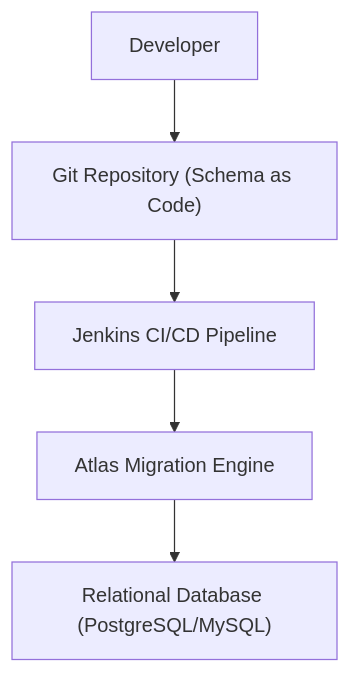
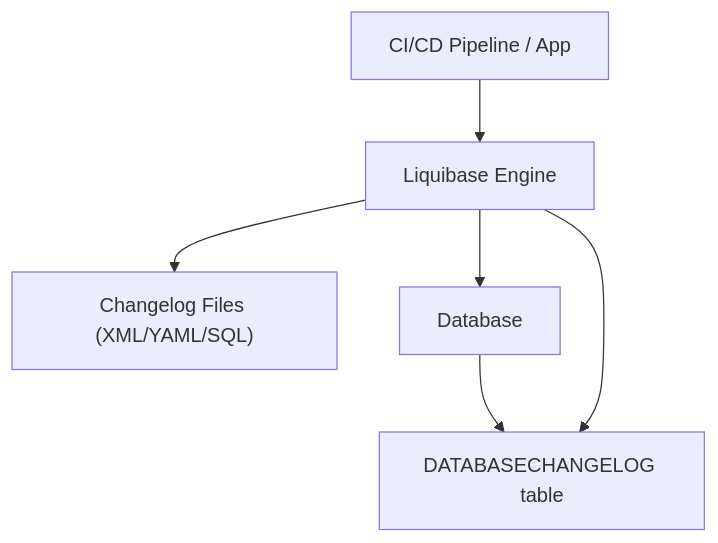
Before and after one commit to SyedRehan-cloud/Liquibase-setup: the diagram in README.md, drawn with Mermaid. The commit also changed other lines of this file, not shown here.

````diff
--- a/README.md
+++ b/README.md
@@ -140,14 +95,15 @@
-```mermaid
+```mermaid id="liquibase_arch"
 flowchart TD
 
-Developer["Developer"]
-Git["Git Repository (Schema as Code)"]
-Jenkins["Jenkins CI/CD Pipeline"]
-Atlas["Atlas Migration Engine"]
-DB["Relational Database (PostgreSQL/MySQL)"]
+App["CI/CD Pipeline / App"]
+Liquibase["Liquibase Engine"]
+Changelog["Changelog Files (XML/YAML/SQL)"]
+DB["Database"]
+History["DATABASECHANGELOG table"]
 
-Developer --> Git
-Git --> Jenkins
-Jenkins --> Atlas
-Atlas --> DB
+App --> Liquibase
+Liquibase --> Changelog
+Liquibase --> DB
+DB --> History
+Liquibase --> History
 ```
````
